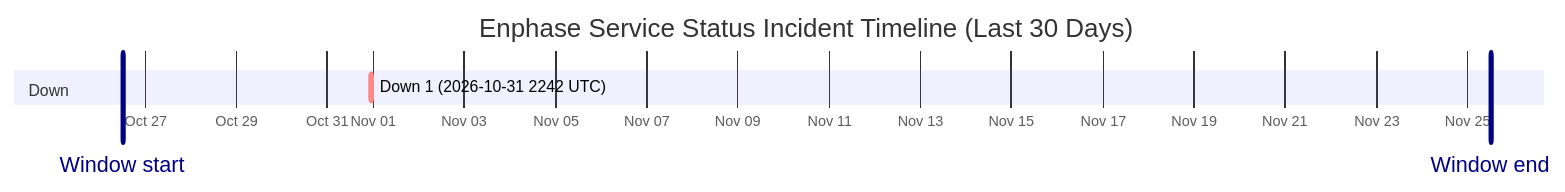
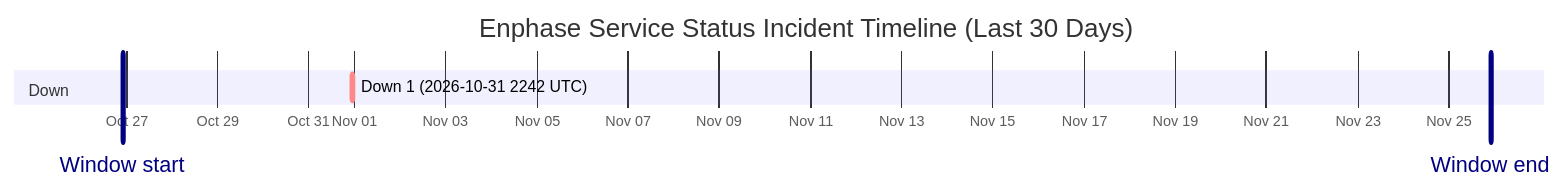
One commit to barneyonline/ha-enphase-energy changed the diagram in wiki/Service-Status-History.md. Above: the diagram before and after it, drawn with Mermaid. The commit also changed other lines of this file and 3 other files, not shown here.

````diff
--- a/wiki/Service-Status-History.md
+++ b/wiki/Service-Status-History.md
@@ -14,10 +14,10 @@
 ```mermaid
 gantt
     title Enphase Service Status Incident Timeline (Last 30 Days)
     dateFormat  YYYY-MM-DDTHH:mm:ss
     axisFormat  %b %d
-    Window start :vert, window-start, 2026-10-26T12:12:09, 0ms
-    Window end :vert, window-end, 2026-11-25T12:12:09, 0ms
+    Window start :vert, window-start, 2026-10-26T21:54:32, 0ms
+    Window end :vert, window-end, 2026-11-25T21:54:32, 0ms
     section Down
     Down 1 (2026-10-31 2242 UTC) :crit, down-1, 2026-10-31T22:42:18, 60m
 ```
````
